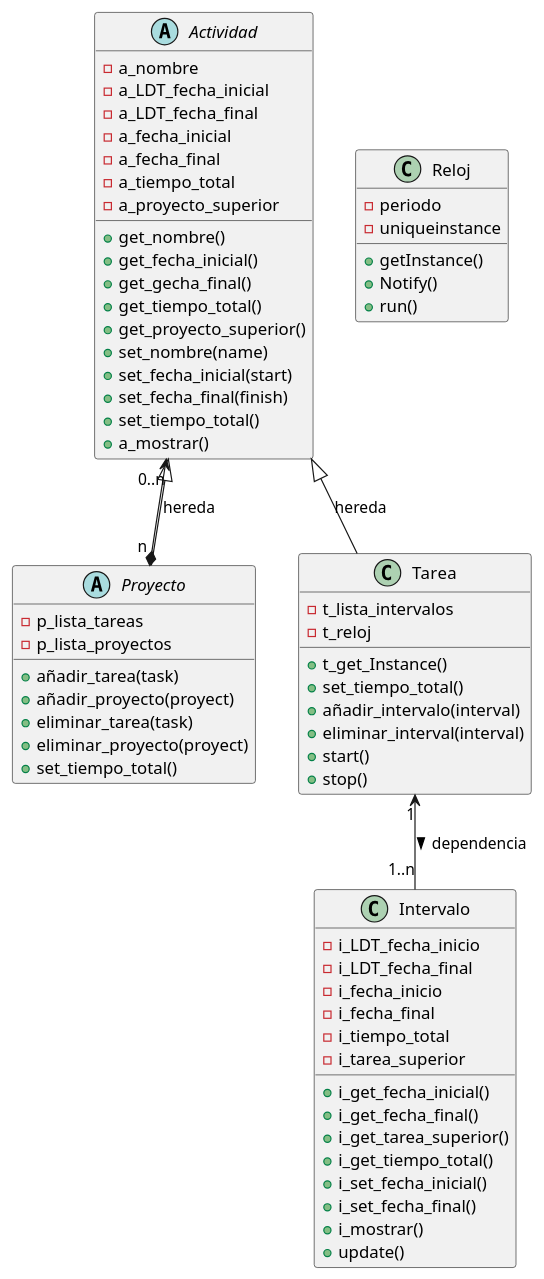
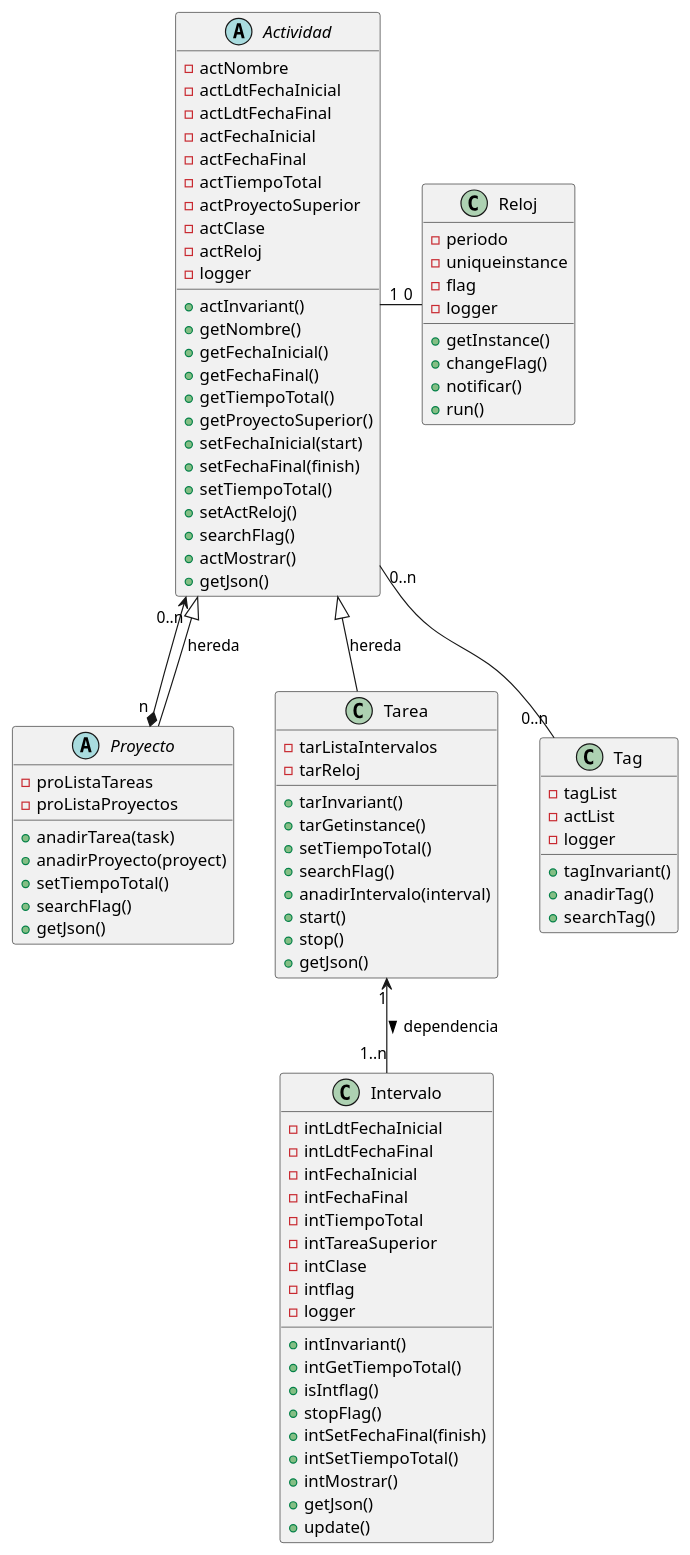
The diagram in Now/TimeTracker/TimeTrackerUML.puml (joan-mata/TimeTracker), drawn with PlantUML before and after one commit. The commit also changed 20 other files, not shown here.

```diff
--- a/Now/TimeTracker/TimeTrackerUML.puml
+++ b/Now/TimeTracker/TimeTrackerUML.puml
@@ -1,79 +1,106 @@
 @startuml
 
+Actividad "1" - "0" Reloj
 Actividad "0..n" <--* "n " Proyecto
 Actividad <|-- Proyecto : hereda
 Actividad <|-- Tarea : hereda
 Tarea "1" <-- "1..n" Intervalo : dependencia >
+Actividad "0..n" -- "0..n" Tag
 
 Abstract Actividad {
--a_nombre
--a_LDT_fecha_inicial
--a_LDT_fecha_final
--a_fecha_inicial
--a_fecha_final
--a_tiempo_total
--a_proyecto_superior
+-actNombre
+-actLdtFechaInicial
+-actLdtFechaFinal
+-actFechaInicial
+-actFechaFinal
+-actTiempoTotal
+-actProyectoSuperior
+-actClase
+-actReloj
+-logger
 
-+get_nombre()
-+get_fecha_inicial()
-+get_gecha_final()
-+get_tiempo_total()
-+get_proyecto_superior()
-+set_nombre(name)
-+set_fecha_inicial(start)
-+set_fecha_final(finish)
-+set_tiempo_total()
-+a_mostrar()
++actInvariant()
++getNombre()
++getFechaInicial()
++getFechaFinal()
++getTiempoTotal()
++getProyectoSuperior()
++setFechaInicial(start)
++setFechaFinal(finish)
++setTiempoTotal()
++setActReloj()
++searchFlag()
++actMostrar()
++getJson()
 }
 
 Abstract Proyecto {
--p_lista_tareas
--p_lista_proyectos
+-proListaTareas
+-proListaProyectos
 
-+añadir_tarea(task)
-+añadir_proyecto(proyect)
-+eliminar_tarea(task)
-+eliminar_proyecto(proyect)
-+set_tiempo_total()
++anadirTarea(task)
++anadirProyecto(proyect)
++setTiempoTotal()
++searchFlag()
++getJson()
 }
 
 Class Tarea {
--t_lista_intervalos
--t_reloj
+-tarListaIntervalos
+-tarReloj
 
-+t_get_Instance()
-+set_tiempo_total()
-+añadir_intervalo(interval)
-+eliminar_interval(interval)
++tarInvariant()
++tarGetinstance()
++setTiempoTotal()
++searchFlag()
++anadirIntervalo(interval)
 +start()
 +stop()
++getJson()
 }
 
 Class Intervalo {
--i_LDT_fecha_inicio
--i_LDT_fecha_final
--i_fecha_inicio
--i_fecha_final
--i_tiempo_total
--i_tarea_superior
+-intLdtFechaInicial
+-intLdtFechaFinal
+-intFechaInicial
+-intFechaFinal
+-intTiempoTotal
+-intTareaSuperior
+-intClase
+-intflag
+-logger
 
-+i_get_fecha_inicial()
-+i_get_fecha_final()
-+i_get_tarea_superior()
-+i_get_tiempo_total()
-+i_set_fecha_inicial()
-+i_set_fecha_final()
-+i_mostrar()
++intInvariant()
++intGetTiempoTotal()
++isIntflag()
++stopFlag()
++intSetFechaFinal(finish)
++intSetTiempoTotal()
++intMostrar()
++getJson()
 +update()
+}
+
+Class Tag{
+-tagList
+-actList
+-logger
+
++tagInvariant()
++anadirTag()
++searchTag()
 }
 
 Class Reloj {
 -periodo
 -uniqueinstance
+-flag
+-logger
 
 +getInstance()
-+Notify()
++changeFlag()
++notificar()
 +run()
 }
 
 @enduml
```
